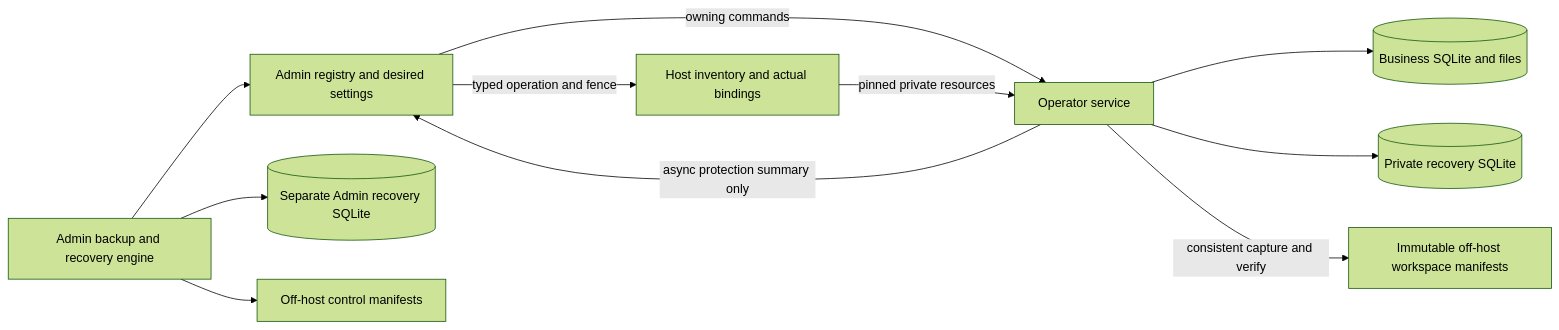
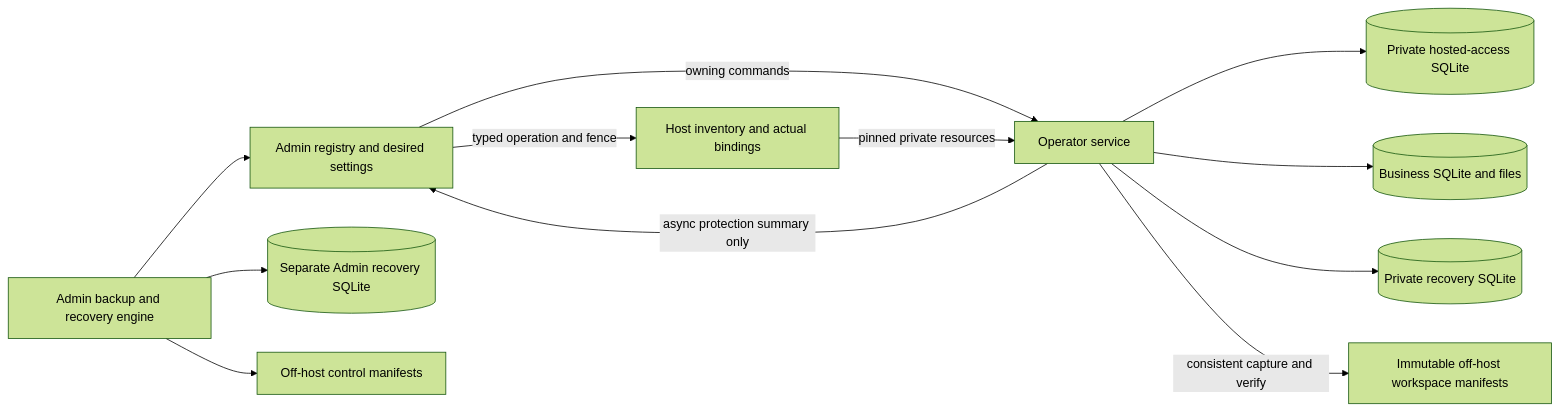
One commit to sandiegodavid/Easy-Property-Management changed the second of 2 diagrams in docs/database/overview.md. Above: the diagram before and after it, drawn with Mermaid (forest theme). The commit also changed other lines of this file and 247 other files, not shown here.

````diff
--- a/docs/database/overview.md
+++ b/docs/database/overview.md
@@ -117,13 +148,14 @@
 ```mermaid
 flowchart LR
     A[Admin registry and desired settings] -->|typed operation and fence| I[Host inventory and actual bindings]
     A -->|owning commands| X[Operator service]
     I -->|pinned private resources| X
+    X --> S[(Private hosted-access SQLite)]
     X --> B[(Business SQLite and files)]
     X --> R[(Private recovery SQLite)]
     X -->|consistent capture and verify| M[Immutable off-host workspace manifests]
     X -->|async protection summary only| A
     C[Admin backup and recovery engine] --> A
     C --> Q[(Separate Admin recovery SQLite)]
     C --> O[Off-host control manifests]
 ```
````
